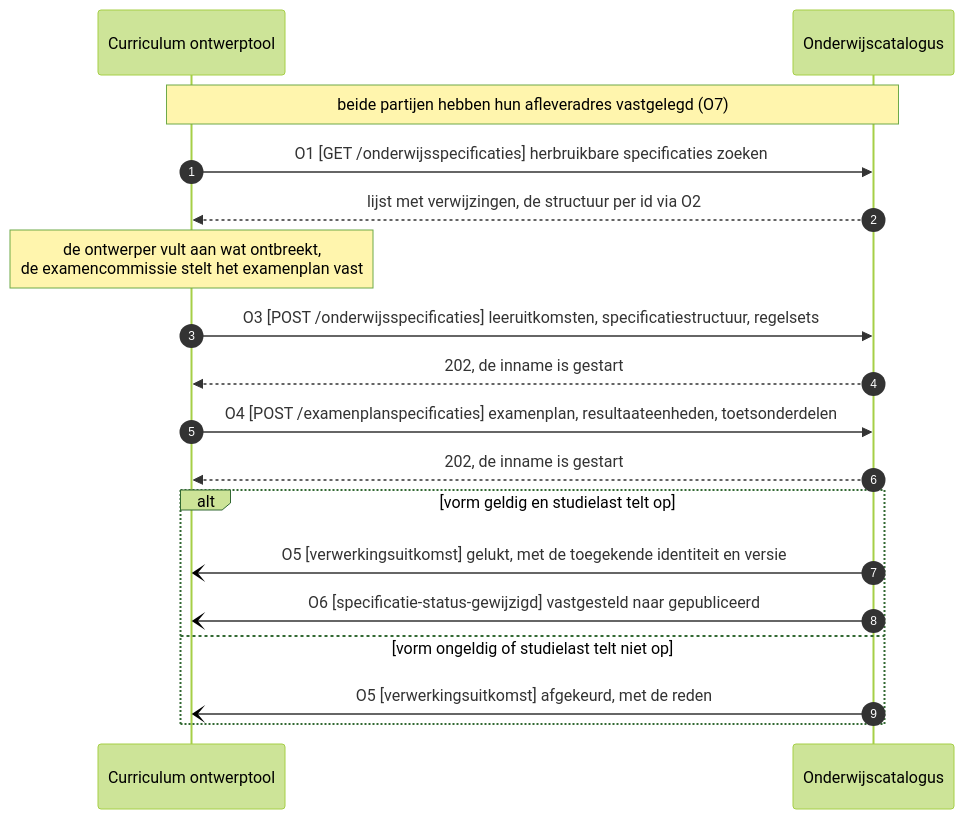
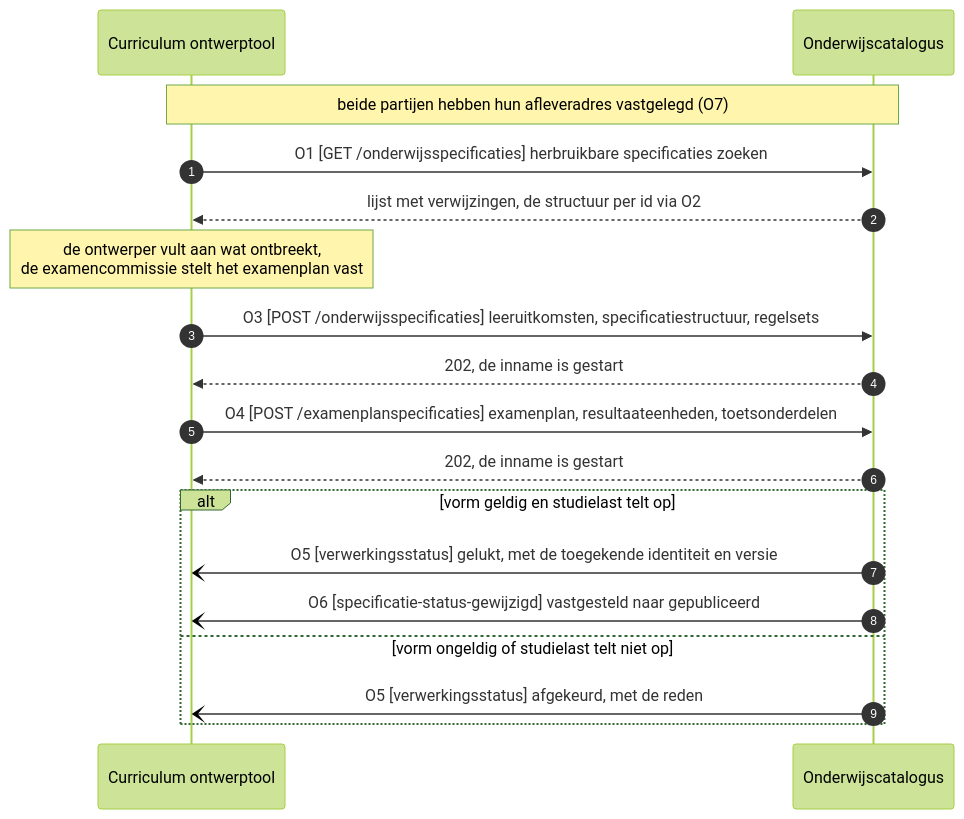
Before and after one commit to Npuls-OKx/meta: the diagram in architecture/docs/specificatie/interactie-onderwijsaanbod/stroom-is-oa-01.md, drawn with Mermaid (forest theme). The commit also changed other lines of this file and 6 other files, not shown here.

````diff
--- a/architecture/docs/specificatie/interactie-onderwijsaanbod/stroom-is-oa-01.md
+++ b/architecture/docs/specificatie/interactie-onderwijsaanbod/stroom-is-oa-01.md
@@ -25,21 +30,21 @@
 ```mermaid
 sequenceDiagram
     autonumber
     participant CO as Curriculum ontwerptool
     participant OC as Onderwijscatalogus
 
     Note over CO,OC: beide partijen hebben hun afleveradres vastgelegd (O7)
     CO->>OC: O1 [GET /onderwijsspecificaties] herbruikbare specificaties zoeken
     OC-->>CO: lijst met verwijzingen, de structuur per id via O2
     Note over CO: de ontwerper vult aan wat ontbreekt,<br/>de examencommissie stelt het examenplan vast
     CO->>OC: O3 [POST /onderwijsspecificaties] leeruitkomsten, specificatiestructuur, regelsets
     OC-->>CO: 202, de inname is gestart
     CO->>OC: O4 [POST /examenplanspecificaties] examenplan, resultaateenheden, toetsonderdelen
     OC-->>CO: 202, de inname is gestart
     alt vorm geldig en studielast telt op
-        OC-)CO: O5 [verwerkingsuitkomst] gelukt, met de toegekende identiteit en versie
+        OC-)CO: O5 [verwerkingsstatus] gelukt, met de toegekende identiteit en versie
         OC-)CO: O6 [specificatie-status-gewijzigd] vastgesteld naar gepubliceerd
     else vorm ongeldig of studielast telt niet op
-        OC-)CO: O5 [verwerkingsuitkomst] afgekeurd, met de reden
+        OC-)CO: O5 [verwerkingsstatus] afgekeurd, met de reden
     end
 ```
````
